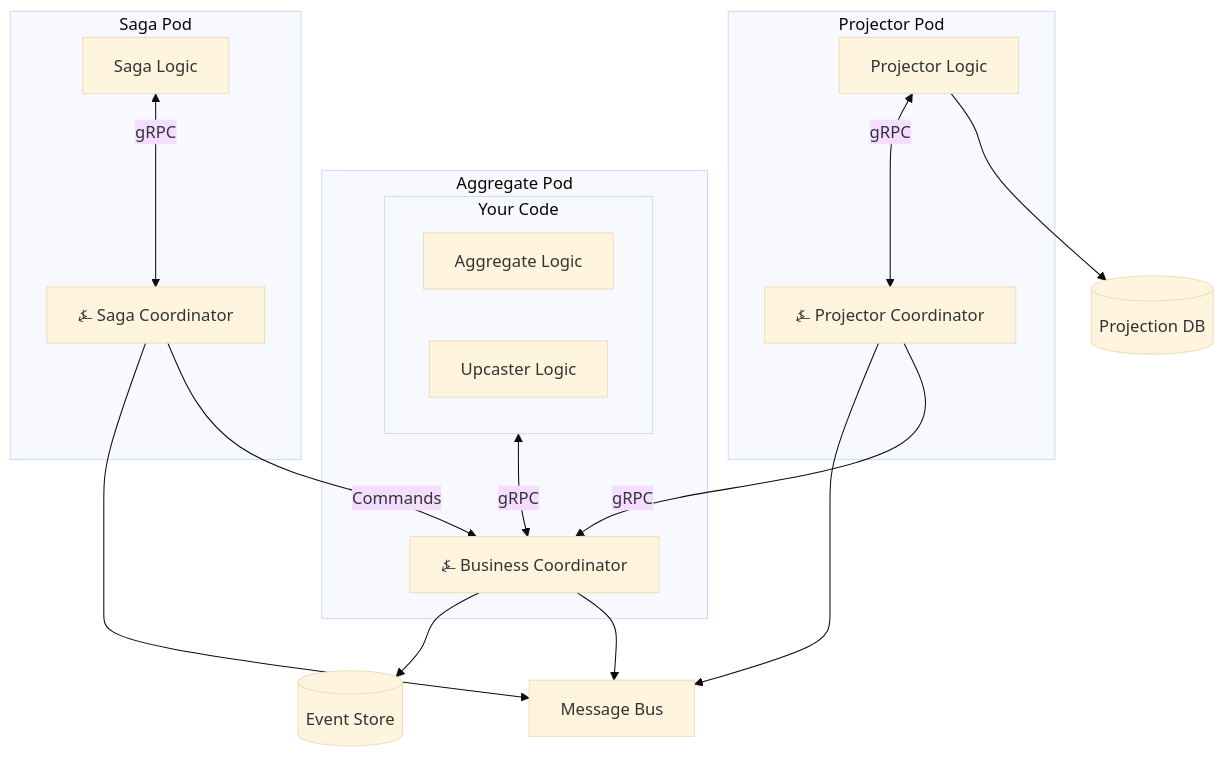
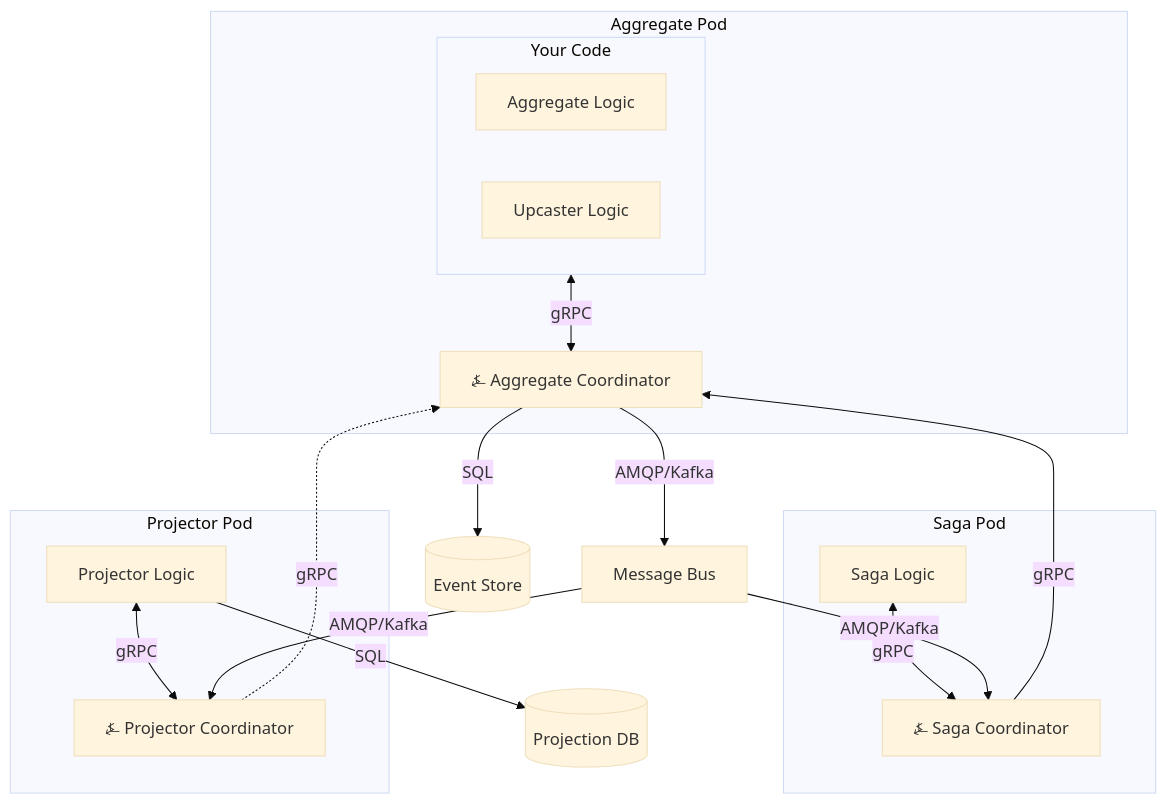
The second of 3 diagrams in docs/docs/architecture.md (benjaminabbitt/angzarr), drawn with Mermaid (base theme) before and after one commit. The commit also changed other lines of this file and 5 other files, not shown here.

````diff
--- a/docs/docs/architecture.md
+++ b/docs/docs/architecture.md
@@ -101,31 +101,31 @@
 ```mermaid
 flowchart TB
     subgraph AggPod[Aggregate Pod]
         subgraph AggCode[Your Code]
             Agg[Aggregate Logic]
             Upc[Upcaster Logic]
         end
-        AggSidecar[⍼ Business Coordinator]
+        AggSidecar[⍼ Aggregate Coordinator]
         AggCode <-->|gRPC| AggSidecar
     end
 
     subgraph SagaPod[Saga Pod]
         Saga[Saga Logic]
         SagaSidecar[⍼ Saga Coordinator]
         Saga <-->|gRPC| SagaSidecar
     end
 
     subgraph PrjPod[Projector Pod]
         Prj[Projector Logic]
         PrjSidecar[⍼ Projector Coordinator]
         Prj <-->|gRPC| PrjSidecar
     end
 
-    AggSidecar --> ES[(Event Store)]
-    AggSidecar --> MB[Message Bus]
-    SagaSidecar --> MB
-    SagaSidecar -->|Commands| AggSidecar
-    PrjSidecar --> MB
-    PrjSidecar -->|gRPC| AggSidecar
-    Prj --> PrjDB[(Projection DB)]
+    AggSidecar -->|SQL| ES[(Event Store)]
+    AggSidecar -->|AMQP/Kafka| MB[Message Bus]
+    MB -->|AMQP/Kafka| SagaSidecar
+    MB -->|AMQP/Kafka| PrjSidecar
+    SagaSidecar -->|gRPC| AggSidecar
+    PrjSidecar -.->|gRPC| AggSidecar
+    Prj -->|SQL| PrjDB[(Projection DB)]
 ```
````
